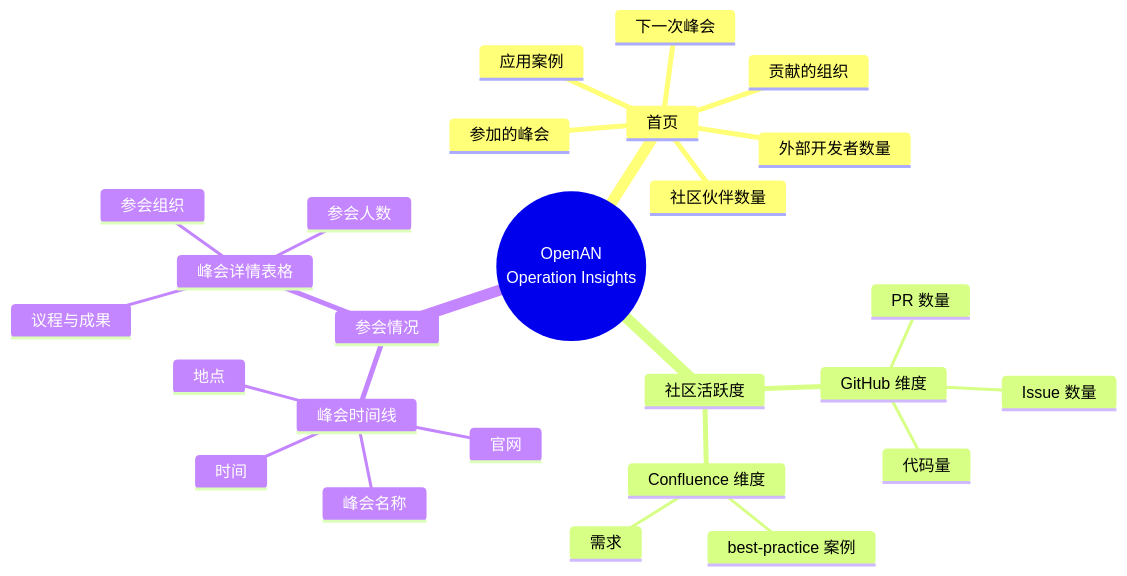
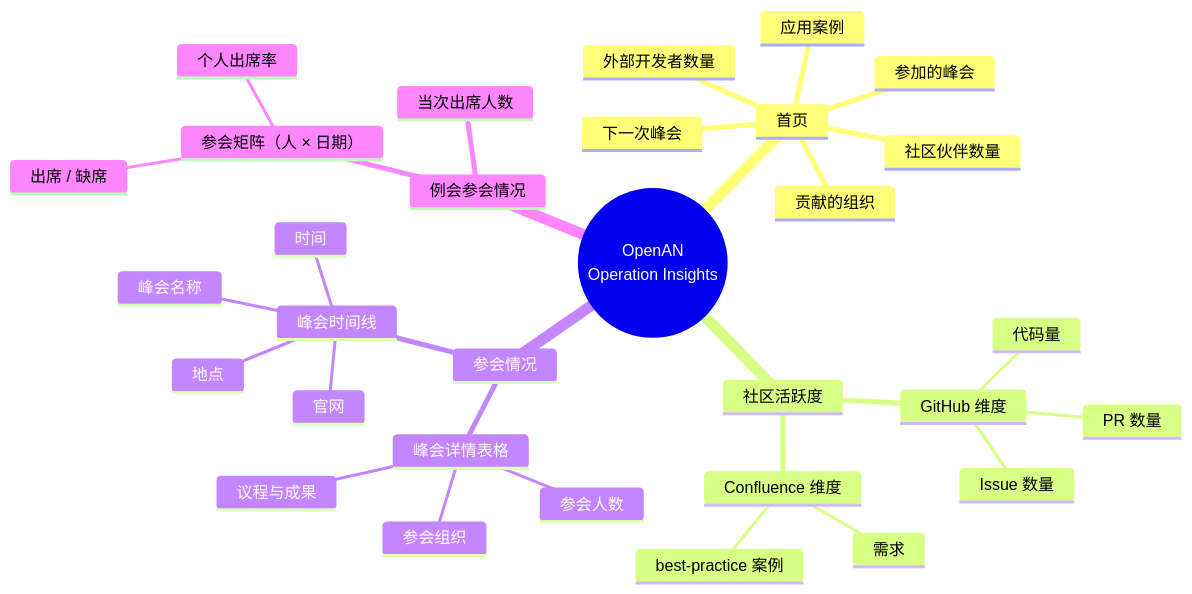
The first of 8 diagrams in docs/01-architecture-overview.md (XunliYang/openan-operation-insights), drawn with Mermaid before and after one commit. The commit also changed other lines of this file and 46 other files, not shown here.

````diff
--- a/docs/01-architecture-overview.md
+++ b/docs/01-architecture-overview.md
@@ -58,29 +59,34 @@
 ```mermaid
 mindmap
   root((OpenAN<br/>Operation Insights))
     首页
       社区伙伴数量
       外部开发者数量
       参加的峰会
       应用案例
       下一次峰会
       贡献的组织
     社区活跃度
       GitHub 维度
         PR 数量
         Issue 数量
         代码量
       Confluence 维度
         需求
         best-practice 案例
     参会情况
       峰会时间线
         峰会名称
         时间
         地点
         官网
       峰会详情表格
         参会组织
         参会人数
         议程与成果
+    例会参会情况
+      参会矩阵（人 × 日期）
+        出席 / 缺席
+        个人出席率
+      当次出席人数
 ```
````
